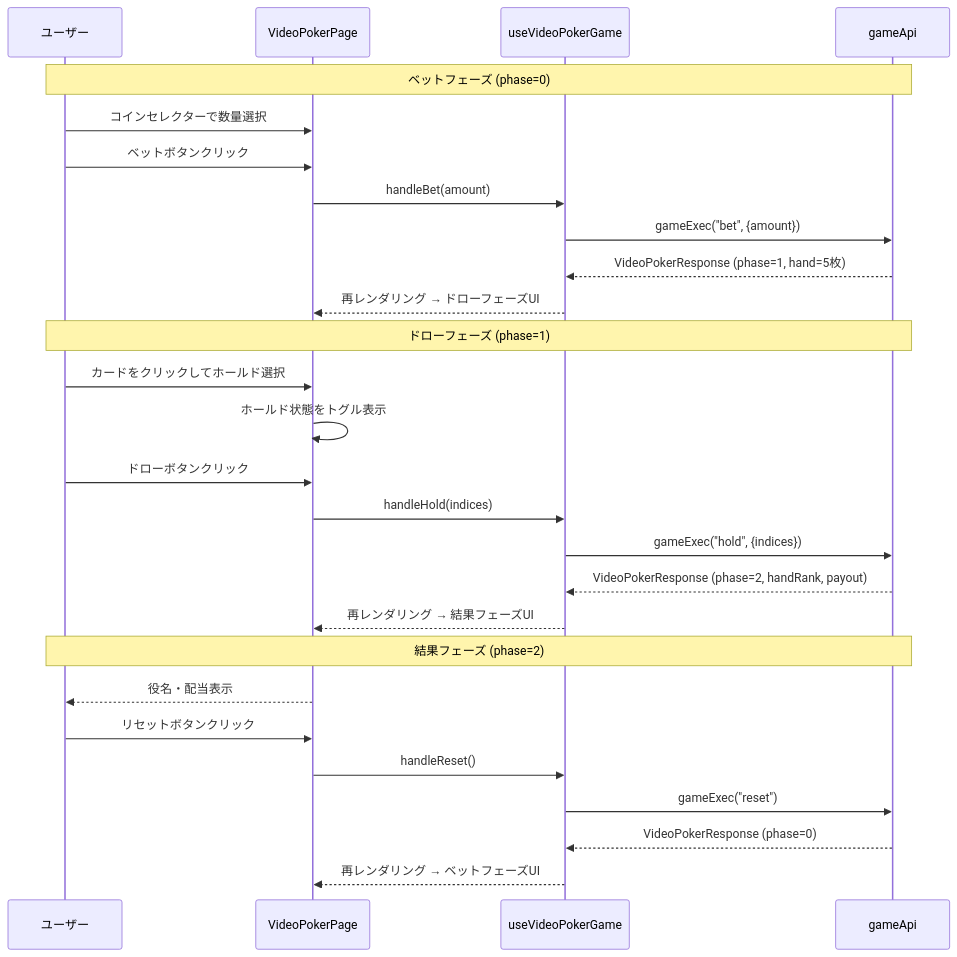
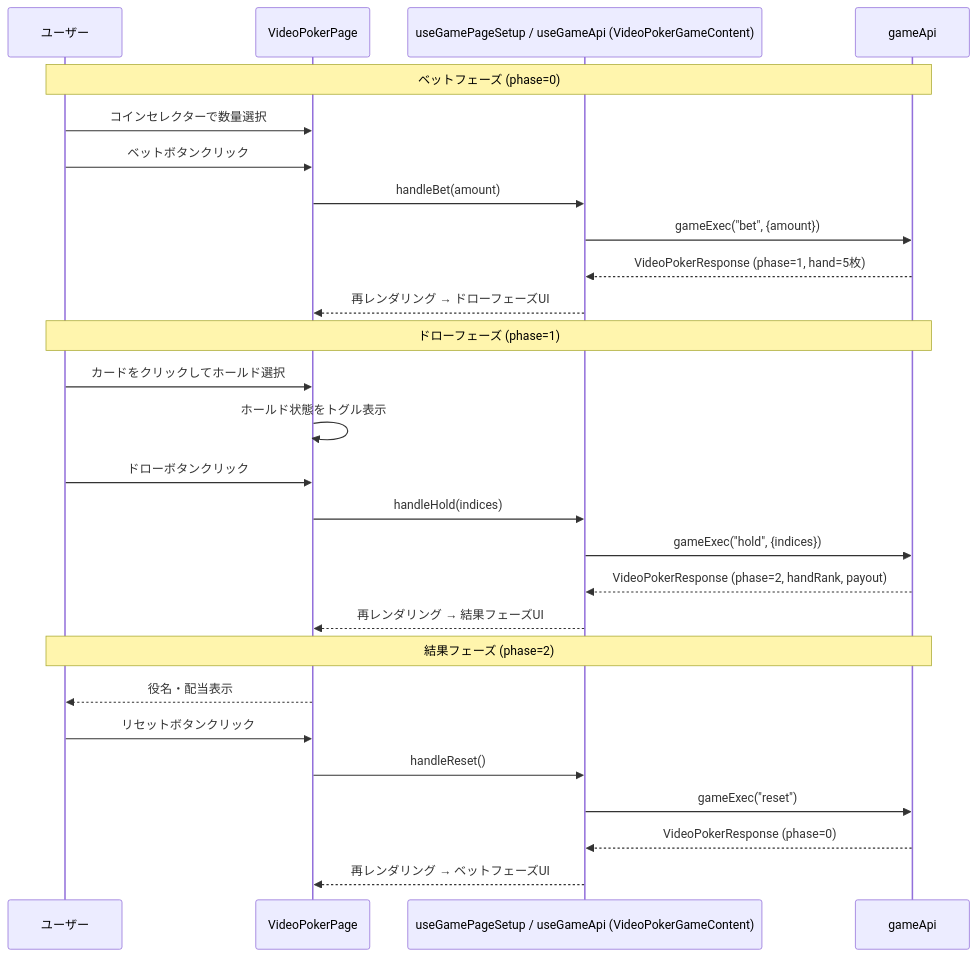
Before and after one commit to yuta-yoshinaga/go_trumpcards: diagram 14 of 49 in docs/design/frontend.md, drawn with Mermaid. The commit also changed other lines of this file and 11 other files, not shown here.

````diff
--- a/docs/design/frontend.md
+++ b/docs/design/frontend.md
@@ -2181,32 +2186,32 @@
 ```mermaid
 sequenceDiagram
     participant User as ユーザー
     participant Page as VideoPokerPage
-    participant Hook as useVideoPokerGame
+    participant Hook as useGamePageSetup / useGameApi (VideoPokerGameContent)
     participant API as gameApi
 
     Note over User,API: ベットフェーズ (phase=0)
     User->>Page: コインセレクターで数量選択
     User->>Page: ベットボタンクリック
     Page->>Hook: handleBet(amount)
     Hook->>API: gameExec("bet", {amount})
     API-->>Hook: VideoPokerResponse (phase=1, hand=5枚)
     Hook-->>Page: 再レンダリング → ドローフェーズUI
 
     Note over User,API: ドローフェーズ (phase=1)
     User->>Page: カードをクリックしてホールド選択
     Page->>Page: ホールド状態をトグル表示
     User->>Page: ドローボタンクリック
     Page->>Hook: handleHold(indices)
     Hook->>API: gameExec("hold", {indices})
     API-->>Hook: VideoPokerResponse (phase=2, handRank, payout)
     Hook-->>Page: 再レンダリング → 結果フェーズUI
 
     Note over User,API: 結果フェーズ (phase=2)
     Page-->>User: 役名・配当表示
     User->>Page: リセットボタンクリック
     Page->>Hook: handleReset()
     Hook->>API: gameExec("reset")
     API-->>Hook: VideoPokerResponse (phase=0)
     Hook-->>Page: 再レンダリング → ベットフェーズUI
 ```
````
